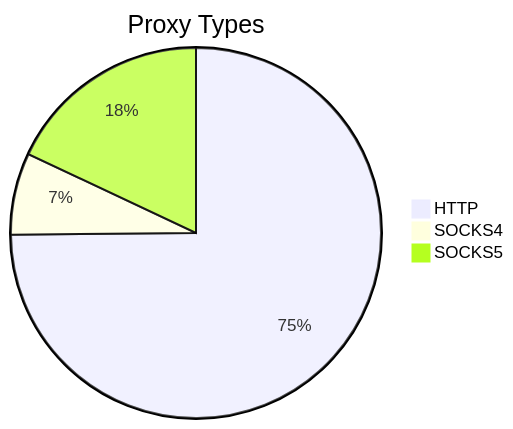
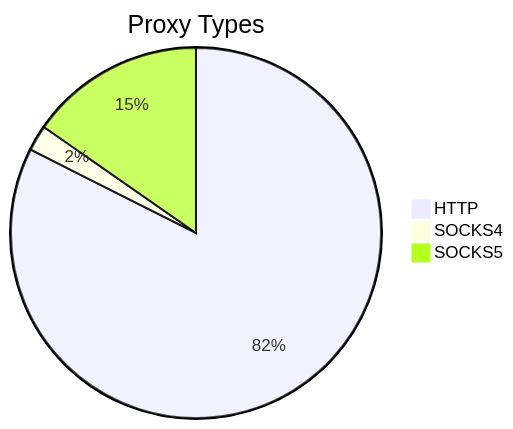
The first of 2 diagrams in README.md (stormsia/proxy-list), drawn with Mermaid before and after one commit. The commit also changed other lines of this file, not shown here.

````diff
--- a/README.md
+++ b/README.md
@@ -21,6 +21,6 @@
 ```mermaid
 pie title Proxy Types
-    "HTTP" : 262
-    "SOCKS4" : 25
-    "SOCKS5" : 63
+    "HTTP" : 183
+    "SOCKS4" : 5
+    "SOCKS5" : 34
 ```
````
